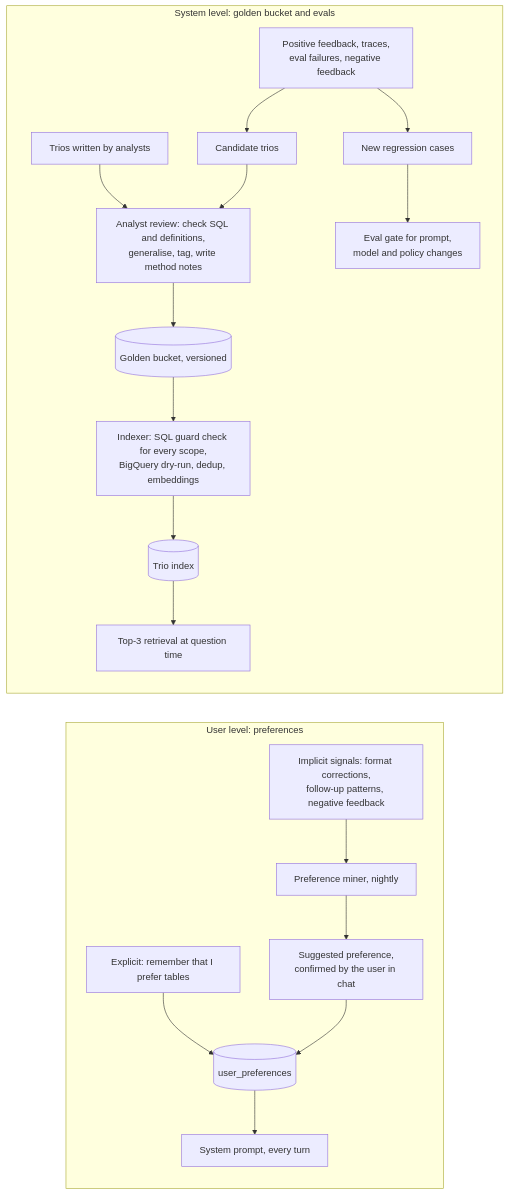
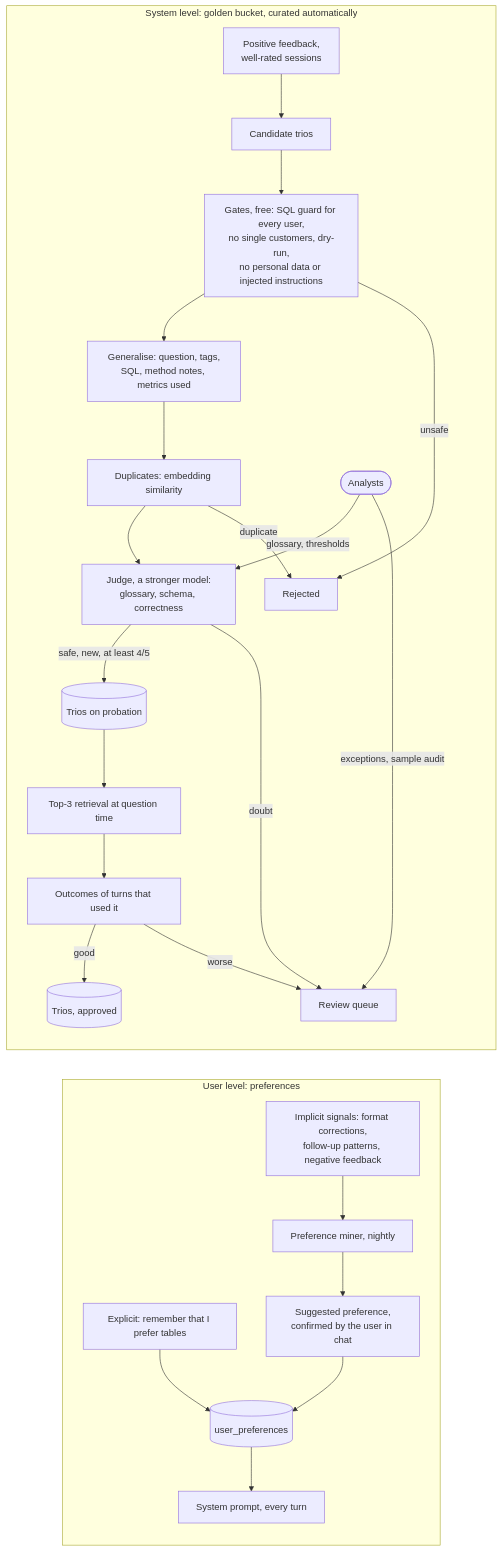
The sixth of 6 diagrams in docs/HLD.md (FabioMurgese/retail-data-agent), drawn with Mermaid before and after one commit. The commit also changed other lines of this file and 36 other files, not shown here.

Commit message:
Add automatic curation of golden trios (safety gates, generalisation, duplicate check and judge), and fix a quoting issue that silently dropped brands with apostrophes.

````diff
--- a/docs/HLD.md
+++ b/docs/HLD.md
@@ -268,19 +270,26 @@
 ```mermaid
 flowchart LR
     subgraph sg_user["User level: preferences"]
         explicit["Explicit: remember that I prefer tables"] --> prefs[("user_preferences")]
         implicit["Implicit signals: format corrections,<br/>follow-up patterns, negative feedback"] --> miner["Preference miner, nightly"]
         miner --> suggest["Suggested preference,<br/>confirmed by the user in chat"] --> prefs
         prefs --> prompt["System prompt, every turn"]
     end
-    subgraph sg_system["System level: golden bucket and evals"]
-        signals["Positive feedback, traces,<br/>eval failures, negative feedback"] --> cands["Candidate trios"]
-        authored["Trios written by analysts"] --> review
-        cands --> review["Analyst review: check SQL and definitions,<br/>generalise, tag, write method notes"]
-        review --> bucket[("Golden bucket, versioned")]
-        bucket --> indexer["Indexer: SQL guard check for every scope,<br/>BigQuery dry-run, dedup, embeddings"]
-        indexer --> index[("Trio index")]
-        index --> retrieve["Top-3 retrieval at question time"]
-        signals --> regress["New regression cases"] --> gate["Eval gate for prompt,<br/>model and policy changes"]
+    subgraph sg_system["System level: golden bucket, curated automatically"]
+        signals["Positive feedback,<br/>well-rated sessions"] --> cands["Candidate trios"]
+        cands --> gates["Gates, free: SQL guard for every user,<br/>no single customers, dry-run,<br/>no personal data or injected instructions"]
+        gates --> gen["Generalise: question, tags,<br/>SQL, method notes, metrics used"]
+        gen --> dedup["Duplicates: embedding similarity"]
+        dedup --> judge["Judge, a stronger model:<br/>glossary, schema, correctness"]
+        judge -->|"safe, new, at least 4/5"| probation[("Trios on probation")]
+        judge -->|"doubt"| queue["Review queue"]
+        gates -->|"unsafe"| rejected["Rejected"]
+        dedup -->|"duplicate"| rejected
+        probation --> retrieve["Top-3 retrieval at question time"]
+        retrieve --> monitor["Outcomes of turns that used it"]
+        monitor -->|"good"| promoted[("Trios, approved")]
+        monitor -->|"worse"| queue
+        analysts(["Analysts"]) -->|"glossary, thresholds"| judge
+        analysts -->|"exceptions, sample audit"| queue
     end
 ```
````
